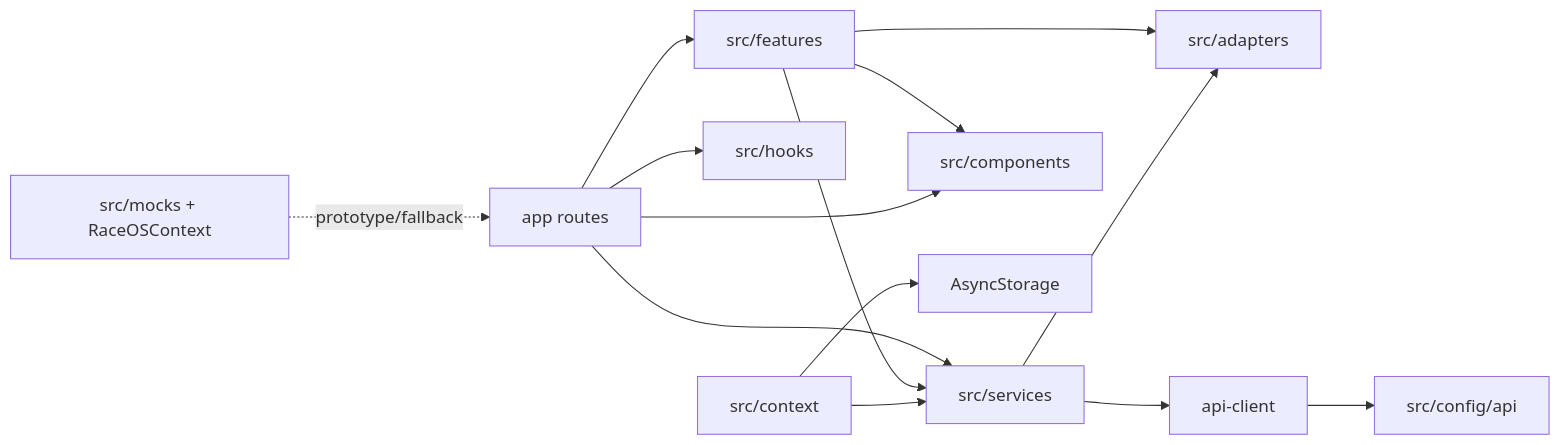
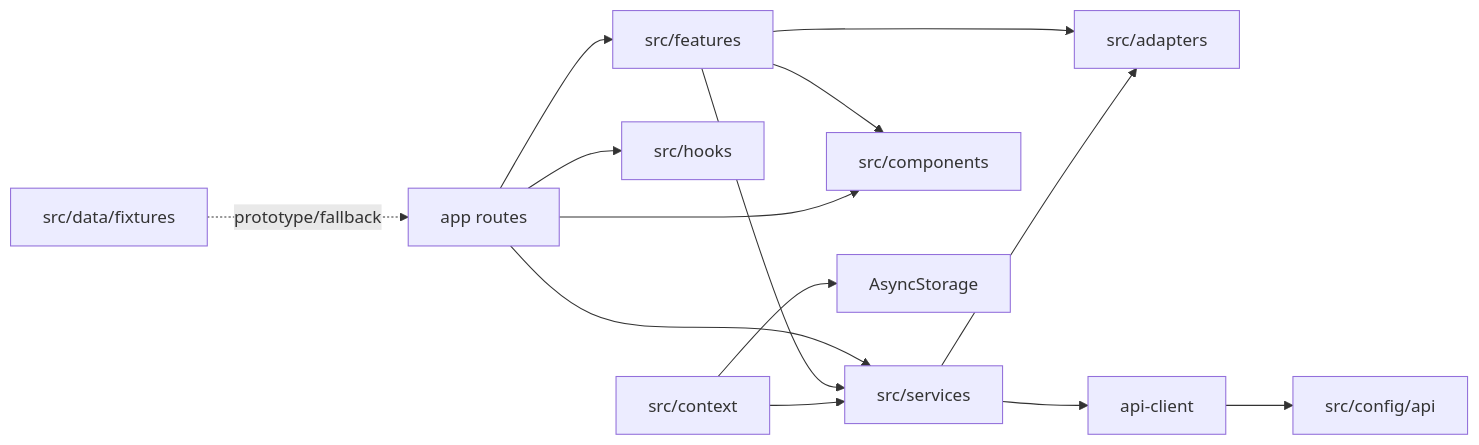
One commit to WDP-HorseRacing/horse-racing-mobile changed the second of 3 diagrams in docs/learning/02-ARCHITECTURE.md. Above: the diagram before and after it, drawn with Mermaid. The commit also changed other lines of this file and 32 other files, not shown here.

```diff
--- a/docs/learning/02-ARCHITECTURE.md
+++ b/docs/learning/02-ARCHITECTURE.md
@@ -50,16 +50,16 @@
 ~~~mermaid
 flowchart LR
   app[app routes] --> features[src/features]
   app --> hooks[src/hooks]
   app --> services[src/services]
   features --> services
   features --> adapters[src/adapters]
   services --> adapters
   services --> client[api-client]
   client --> config[src/config/api]
   features --> components[src/components]
   app --> components
   contexts[src/context] --> services
   contexts --> storage[AsyncStorage]
-  mocks[src/mocks + RaceOSContext] -. prototype/fallback .-> app
+  mocks[src/data/fixtures] -. prototype/fallback .-> app
 ~~~
```
